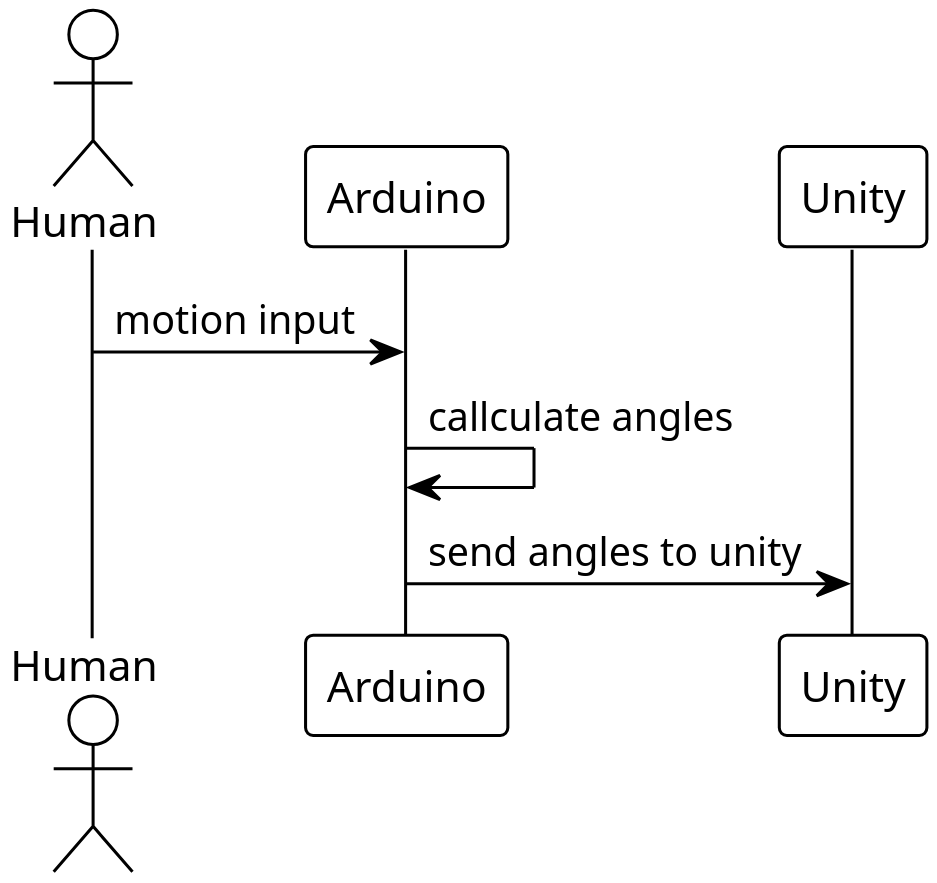
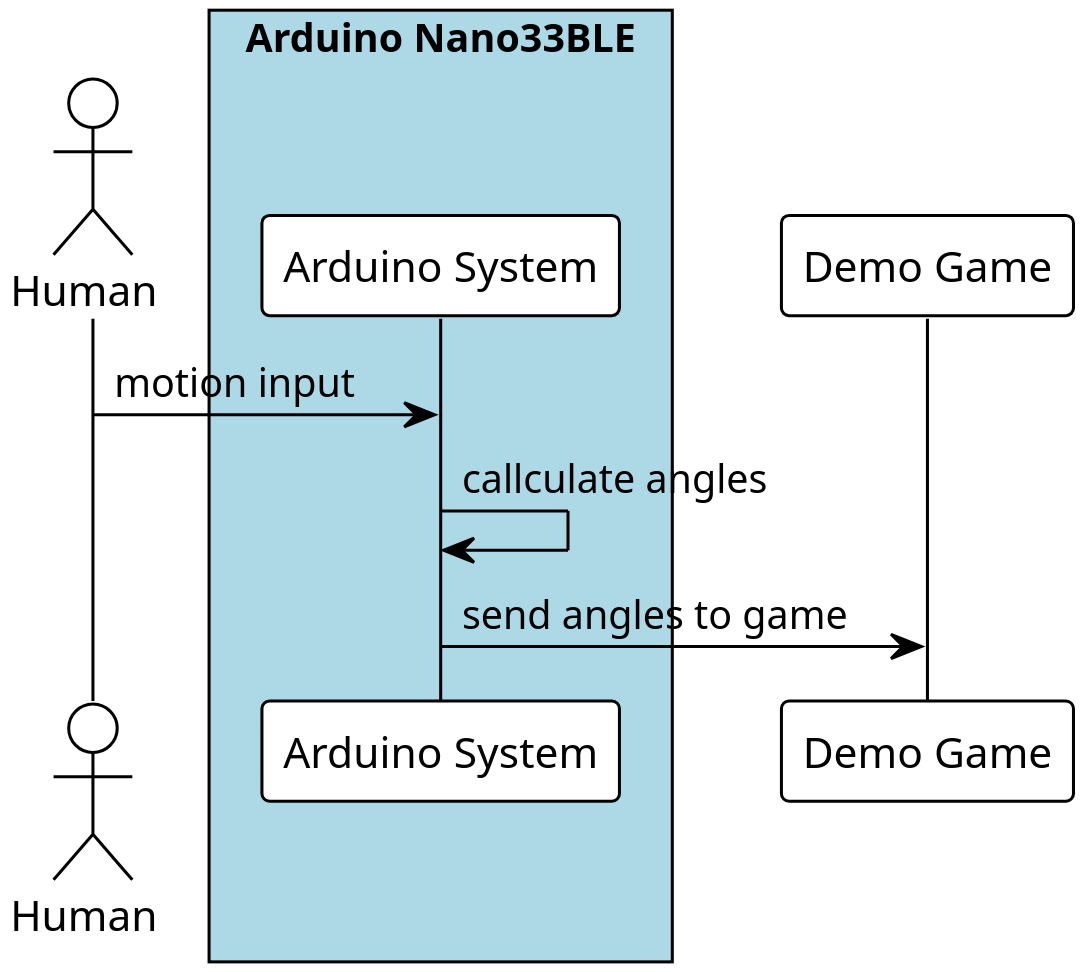
Before and after one commit to sirtheta/Drohnensteuerung: the diagram in docs/content/diagrams/sequence/system.wsd, drawn with PlantUML. The commit also changed 14 other files, not shown here.

```diff
--- a/docs/content/diagrams/sequence/system.wsd
+++ b/docs/content/diagrams/sequence/system.wsd
@@ -1,13 +1,16 @@
 @startuml
 
 !theme plain
 skinparam dpi 300
 
-actor "Human" as client
-participant "Arduino" as arduino
-participant "Unity" as unity
+!pragma teoz true
+actor       "Human"             as client
+box         "Arduino Nano33BLE" #LightBlue
+participant "Arduino System"    as arduino
+end box
+participant "Demo Game"         as game
 
 client -> arduino: motion input
 arduino -> arduino: callculate angles
-arduino -> unity: send angles to unity
+arduino -> game: send angles to game
 @enduml
```
